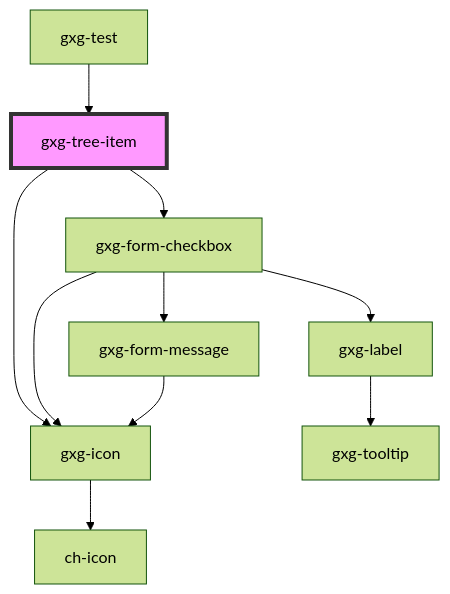
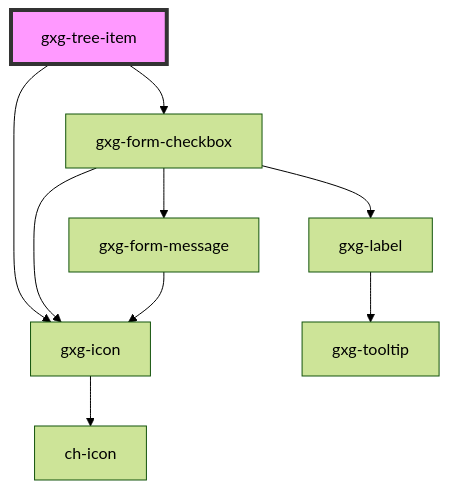
The diagram in src/components/tree-item/readme.md (genexuslabs/gemini), drawn with Mermaid (forest theme) before and after one commit. The commit also changed other lines of this file and 10 other files, not shown here.

````diff
--- a/src/components/tree-item/readme.md
+++ b/src/components/tree-item/readme.md
@@ -74,13 +70,12 @@
 ```mermaid
 graph TD;
   gxg-tree-item --> gxg-icon
   gxg-tree-item --> gxg-form-checkbox
   gxg-icon --> ch-icon
   gxg-form-checkbox --> gxg-icon
   gxg-form-checkbox --> gxg-label
   gxg-form-checkbox --> gxg-form-message
   gxg-label --> gxg-tooltip
   gxg-form-message --> gxg-icon
-  gxg-test --> gxg-tree-item
   style gxg-tree-item fill:#f9f,stroke:#333,stroke-width:4px
 ```
````
